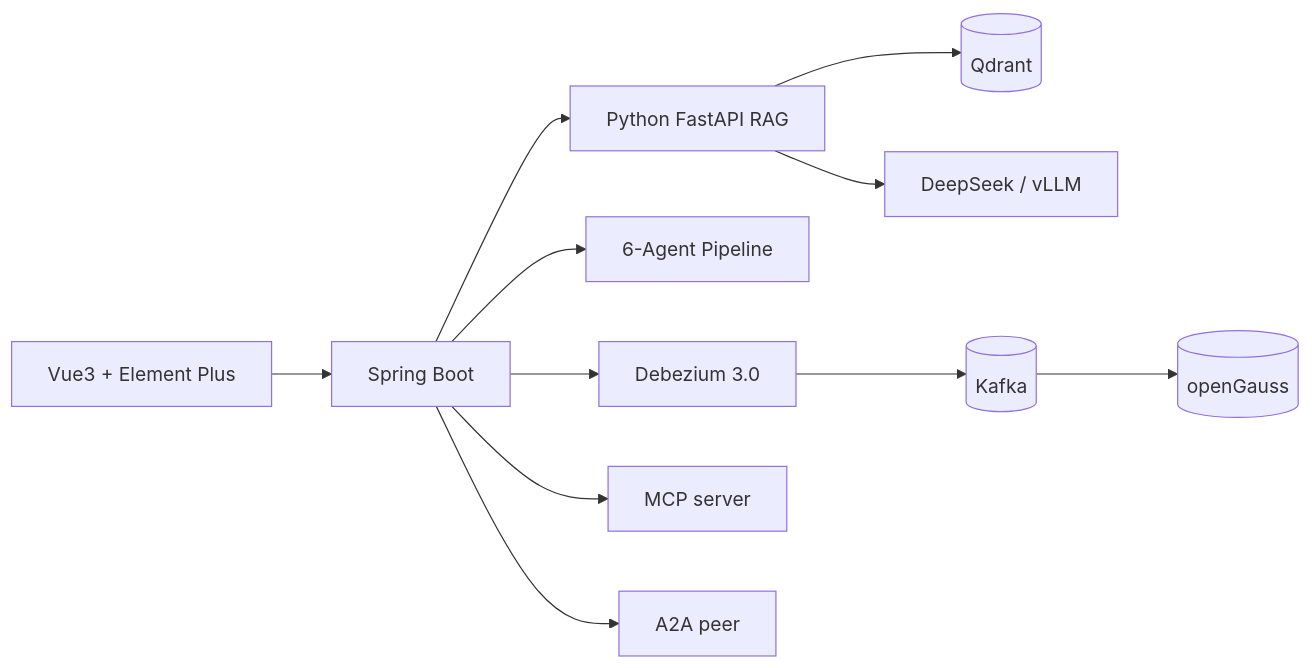
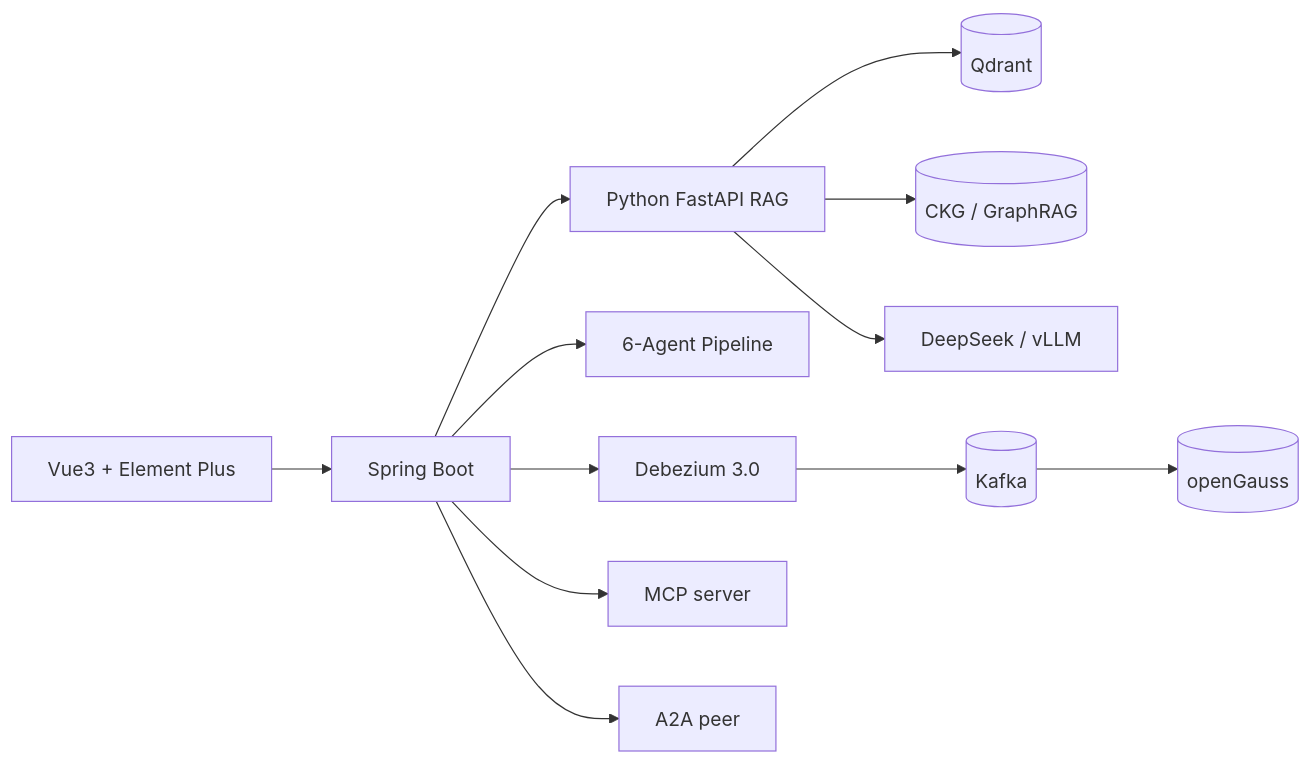
The diagram in README.md (anothersunset/zhixianyunshu), drawn with Mermaid before and after one commit. The commit also changed other lines of this file and 9 other files, not shown here.

First line of the commit message:
docs: normalize ZhiQian six-agent architecture (#1)

````diff
--- a/README.md
+++ b/README.md
@@ -83,13 +85,14 @@
 ```mermaid
 flowchart LR
   Web[Vue3 + Element Plus] --> Backend[Spring Boot]
   Backend --> RAG[Python FastAPI RAG]
   Backend --> Agents[6-Agent Pipeline]
   RAG --> Qdrant[(Qdrant)]
+  RAG --> CKG[(CKG / GraphRAG)]
   RAG --> LLM[DeepSeek / vLLM]
   Backend --> CDC[Debezium 3.0]
   CDC --> Kafka[(Kafka)]
   Kafka --> OG[(openGauss)]
   Backend --> MCP[MCP server]
   Backend --> A2A[A2A peer]
 ```
````
